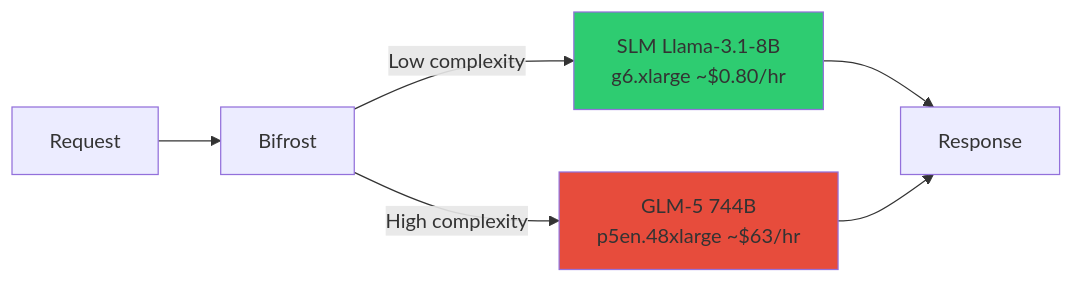
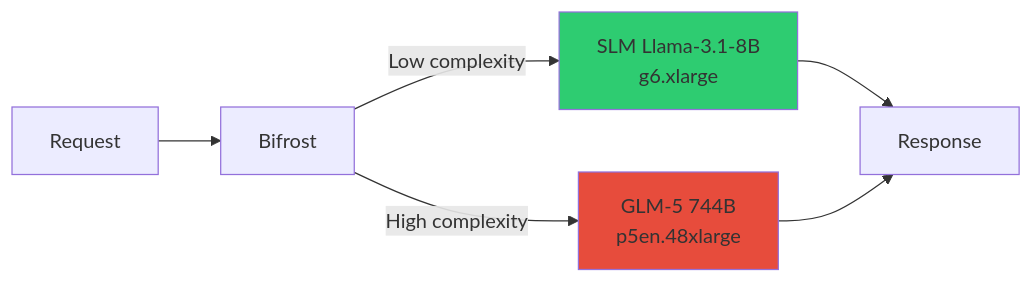
One commit to devfloor9/engineering-playbook changed the third of 4 diagrams in docs/agentic-ai-platform/reference-architecture/model-lifecycle/custom-model-pipeline.md. Above: the diagram before and after it, drawn with Mermaid. The commit also changed other lines of this file and 18 other files, not shown here.

````diff
--- a/docs/agentic-ai-platform/reference-architecture/model-lifecycle/custom-model-pipeline.md
+++ b/docs/agentic-ai-platform/reference-architecture/model-lifecycle/custom-model-pipeline.md
@@ -356,11 +356,11 @@
 ```mermaid
 graph LR
     Req[Request] --> BF[Bifrost]
-    BF -->|Low complexity| SLM[SLM Llama-3.1-8B<br/>g6.xlarge ~$0.80/hr]
-    BF -->|High complexity| LLM[GLM-5 744B<br/>p5en.48xlarge ~$63/hr]
+    BF -->|Low complexity| SLM[SLM Llama-3.1-8B<br/>g6.xlarge]
+    BF -->|High complexity| LLM[GLM-5 744B<br/>p5en.48xlarge]
     SLM --> Resp[Response]
     LLM --> Resp
     
     style SLM fill:#2ecc71
     style LLM fill:#e74c3c
 ```
````
